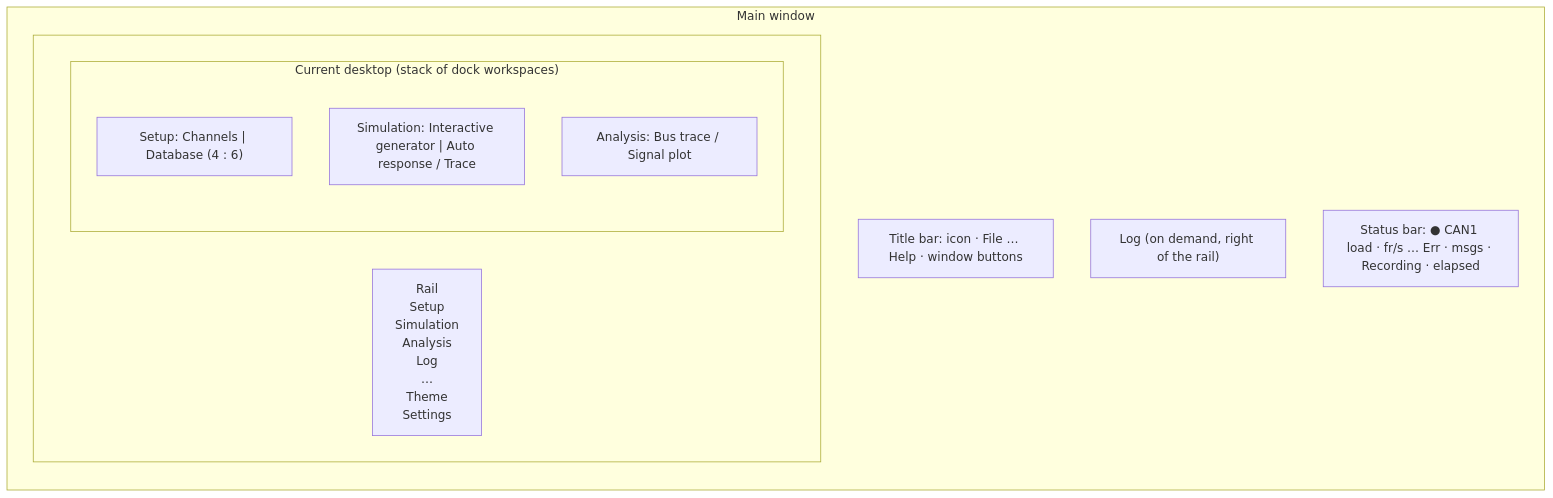
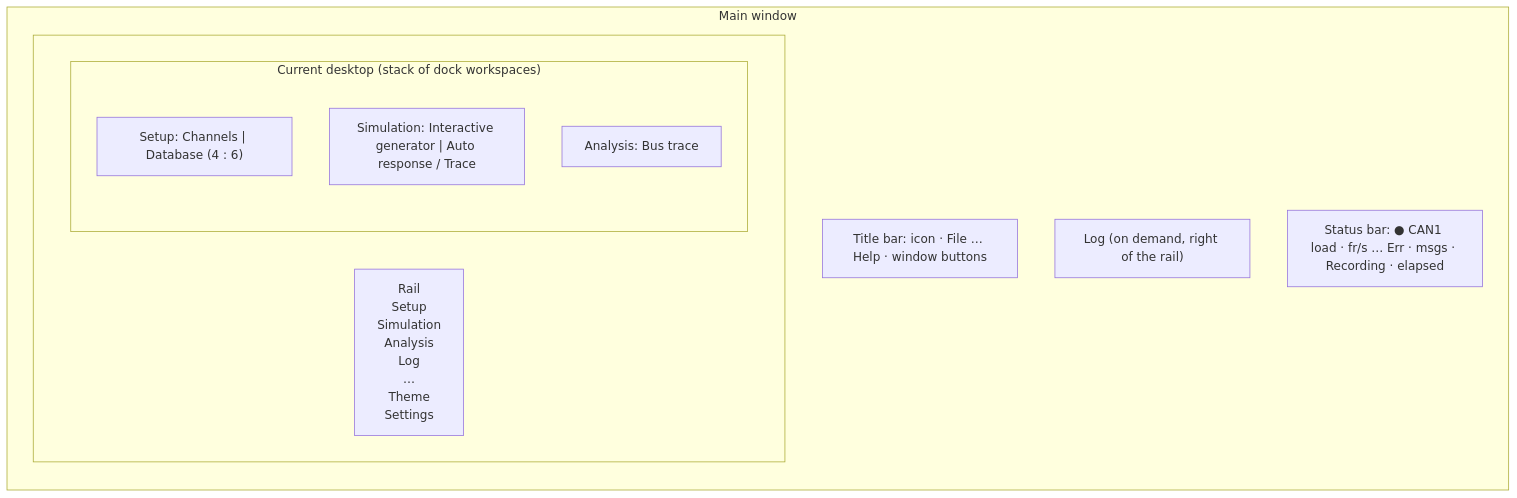
One commit to Thuongst97/CAN_SIMULATOR changed the fifth of 5 diagrams in docs/design/HLD.md. Above: the diagram before and after it, drawn with Mermaid. The commit also changed other lines of this file and 24 other files, not shown here.

First line of the commit message:
Remove the Signal plot; slimmer desktop build

````diff
--- a/docs/design/HLD.md
+++ b/docs/design/HLD.md
@@ -237,19 +237,19 @@
 ```mermaid
 flowchart LR
     subgraph window["Main window"]
         direction TB
         tb["Title bar: icon · File … Help · window buttons"]
         subgraph body[" "]
             direction LR
             rail["Rail<br/>Setup<br/>Simulation<br/>Analysis<br/>Log<br/>…<br/>Theme<br/>Settings"]
             subgraph desk["Current desktop (stack of dock workspaces)"]
                 direction TB
                 d1["Setup: Channels | Database (4 : 6)"]
                 d3["Simulation: Interactive generator | Auto response / Trace"]
-                d4["Analysis: Bus trace / Signal plot"]
+                d4["Analysis: Bus trace"]
             end
         end
         log["Log (on demand, right of the rail)"]
         sb["Status bar: ● CAN1 load · fr/s … Err · msgs · Recording · elapsed"]
     end
 ```
````
